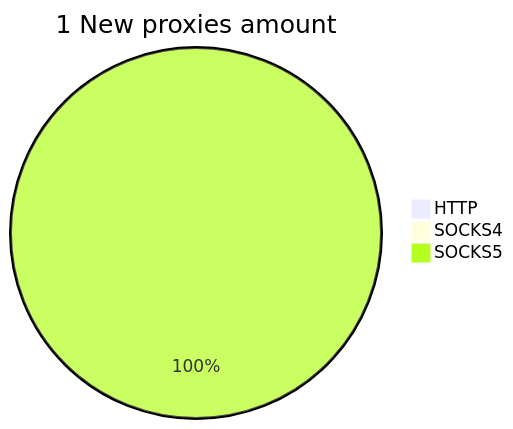
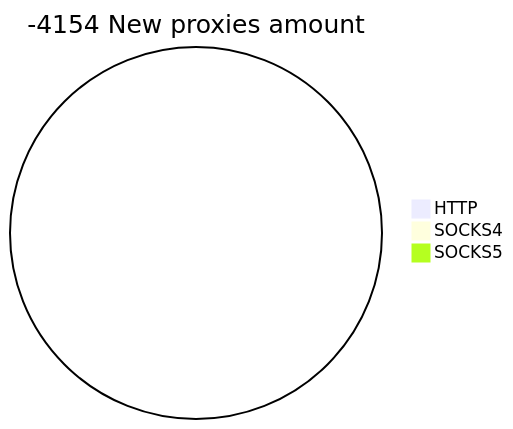
One commit to cutipu/proxylist changed the second of 2 diagrams in README.md. Above: the diagram before and after it, drawn with Mermaid. The commit also changed other lines of this file, not shown here.

````diff
--- a/README.md
+++ b/README.md
@@ -10,6 +10,6 @@
 ```mermaid
-pie title 1 New proxies amount
+pie title -4154 New proxies amount
     "HTTP" : 0
     "SOCKS4" : 0
-    "SOCKS5" : 2
+    "SOCKS5" : 0
 ```
````
